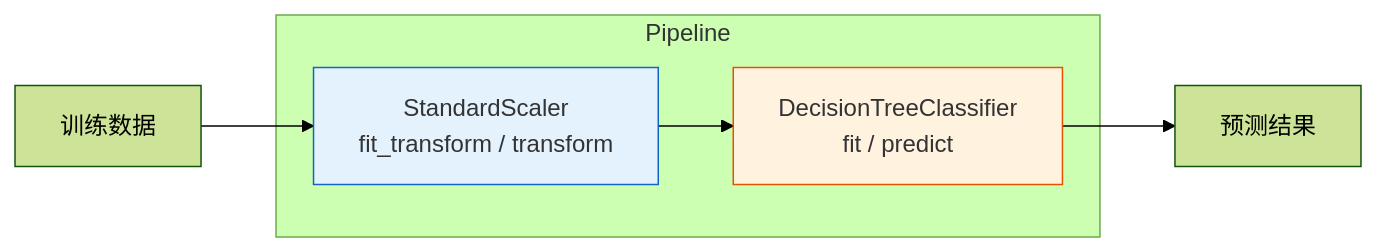
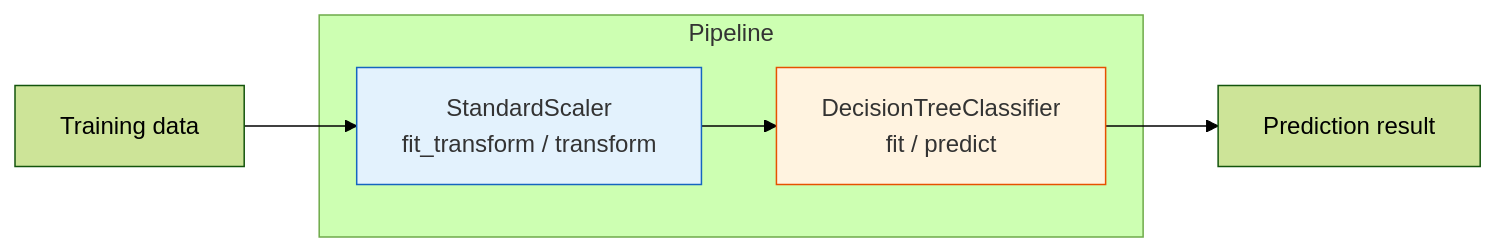
One commit to oudbiao/AI-fullstack-course changed the third of 4 diagrams in docs/ch05-machine-learning/ch01-ml-basics/02-sklearn-intro.md. Above: the diagram before and after it, drawn with Mermaid (forest theme). The commit also changed other lines of this file and 1406 other files, not shown here.

````diff
--- a/docs/ch05-machine-learning/ch01-ml-basics/02-sklearn-intro.md
+++ b/docs/ch05-machine-learning/ch01-ml-basics/02-sklearn-intro.md
@@ -523,12 +523,12 @@
 ```mermaid
 flowchart LR
     subgraph Pipeline
         S["StandardScaler<br/>fit_transform / transform"] --> C["DecisionTreeClassifier<br/>fit / predict"]
     end
 
-    TR["训练数据"] --> S
-    C --> PR["预测结果"]
+    TR["Training data"] --> S
+    C --> PR["Prediction result"]
 
     style S fill:#e3f2fd,stroke:#1565c0,color:#333
     style C fill:#fff3e0,stroke:#e65100,color:#333
 ```
````
